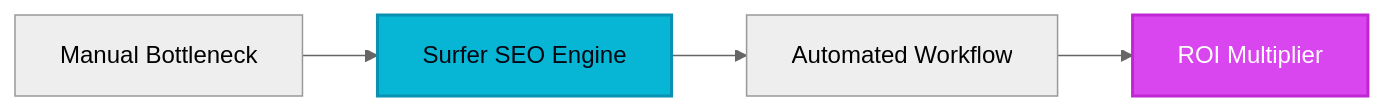
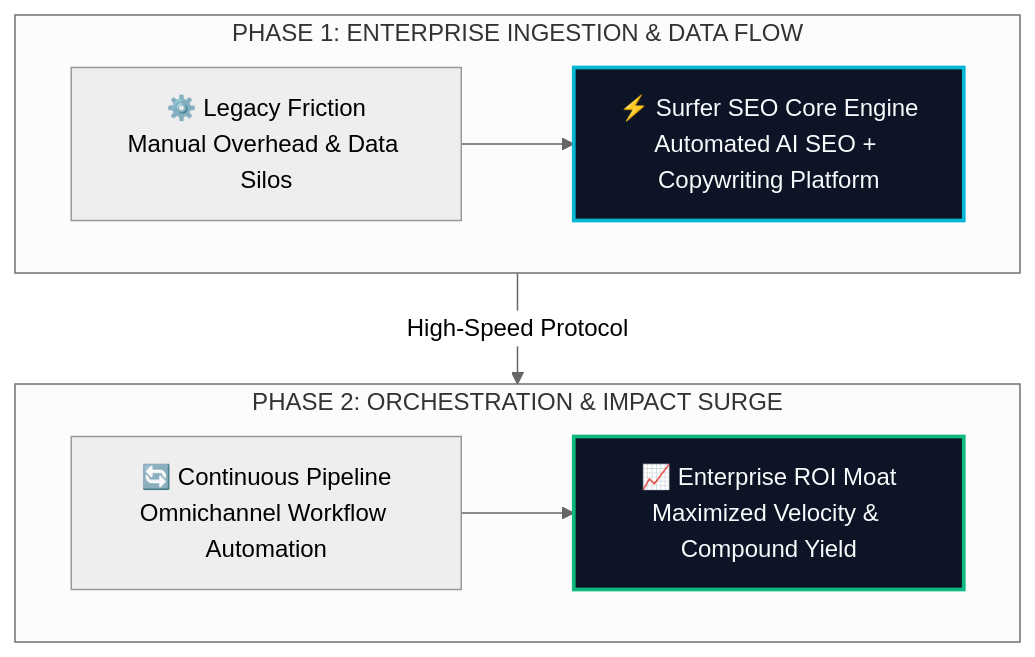
Before and after one commit to heliatech-media/saas-radar: the diagram in site/src/content/blog/surfer-seo-evolution-guide-2026.md, drawn with Mermaid (neutral theme). The commit also changed 97 other files, not shown here.

First line of the commit message:
feat(diagrams): upgrade all article architecture schemas to high-impact 2-tier responsive vector blueprints

````diff
--- a/site/src/content/blog/surfer-seo-evolution-guide-2026.md
+++ b/site/src/content/blog/surfer-seo-evolution-guide-2026.md
@@ -68,8 +68,14 @@
 ```mermaid
-flowchart LR
-    A[Manual Bottleneck] --> B[Surfer SEO Engine]
-    B --> C[Automated Workflow]
-    C --> D[ROI Multiplier]
-    style B fill:#06b6d4,stroke:#0891b2,stroke-width:2px,color:#030712
-    style D fill:#d946ef,stroke:#c026d3,stroke-width:2px,color:#ffffff
+flowchart TD
+    subgraph S1["PHASE 1: ENTERPRISE INGESTION & DATA FLOW"]
+        direction LR
+        A["⚙️ Legacy Friction<br/>Manual Overhead & Data Silos"] --> B["⚡ Surfer SEO Core Engine<br/>Automated AI SEO + Copywriting Platform"]
+    end
+    subgraph S2["PHASE 2: ORCHESTRATION & IMPACT SURGE"]
+        direction LR
+        C["🔄 Continuous Pipeline<br/>Omnichannel Workflow Automation"] --> D["📈 Enterprise ROI Moat<br/>Maximized Velocity & Compound Yield"]
+    end
+    S1 -->|High-Speed Protocol| S2
+    style B fill:#0c1425,stroke:#06b6d4,stroke-width:2.5px,color:#f8fafc
+    style D fill:#0c1425,stroke:#10b981,stroke-width:2.5px,color:#f8fafc
 ```
````
